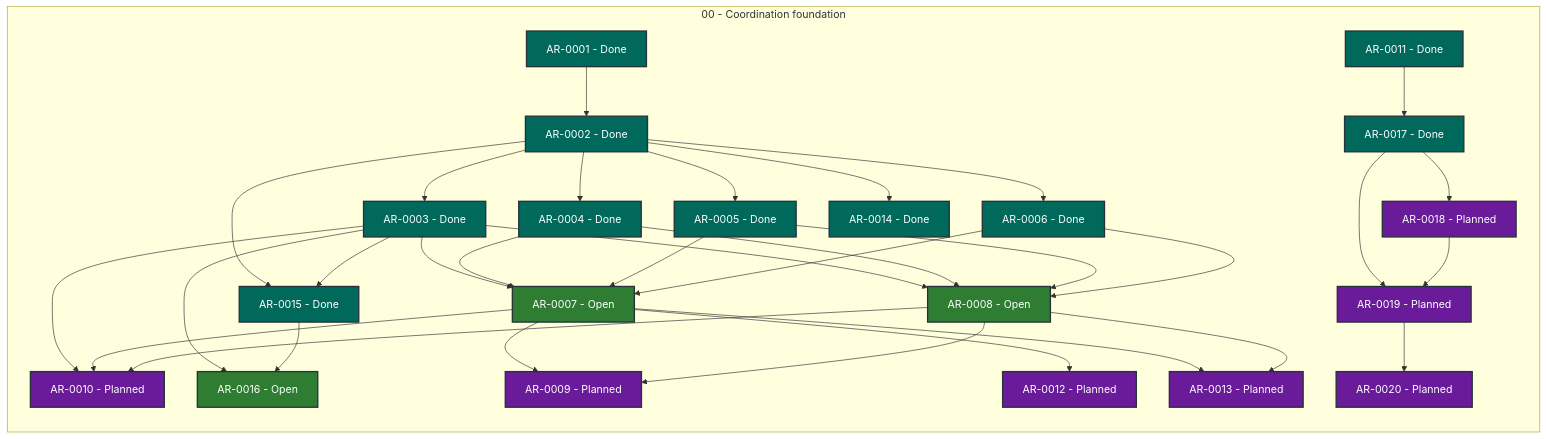
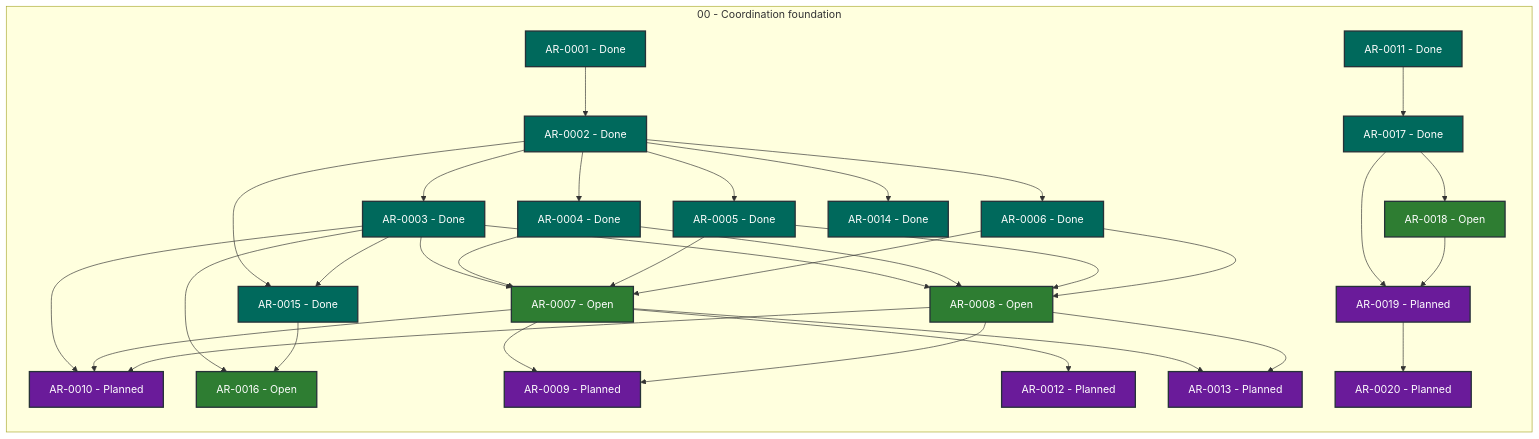
One commit to martin-beck/agent-workflow-coordinator-state changed the diagram in STATUS.md. Above: the diagram before and after it, drawn with Mermaid. The commit also changed other lines of this file and 2 other files, not shown here.

````diff
--- a/STATUS.md
+++ b/STATUS.md
@@ -27,65 +27,65 @@
 ```mermaid
 flowchart LR
     subgraph series_00["00 - Coordination foundation"]
         direction TB
         AR_0001["AR-0001 - Done"]:::status_done
         AR_0002["AR-0002 - Done"]:::status_done
         AR_0003["AR-0003 - Done"]:::status_done
         AR_0004["AR-0004 - Done"]:::status_done
         AR_0005["AR-0005 - Done"]:::status_done
         AR_0006["AR-0006 - Done"]:::status_done
         AR_0007["AR-0007 - Open"]:::status_open
         AR_0008["AR-0008 - Open"]:::status_open
         AR_0009["AR-0009 - Planned"]:::status_planned
         AR_0010["AR-0010 - Planned"]:::status_planned
         AR_0011["AR-0011 - Done"]:::status_done
         AR_0012["AR-0012 - Planned"]:::status_planned
         AR_0013["AR-0013 - Planned"]:::status_planned
         AR_0014["AR-0014 - Done"]:::status_done
         AR_0015["AR-0015 - Done"]:::status_done
         AR_0016["AR-0016 - Open"]:::status_open
         AR_0017["AR-0017 - Done"]:::status_done
-        AR_0018["AR-0018 - Planned"]:::status_planned
+        AR_0018["AR-0018 - Open"]:::status_open
         AR_0019["AR-0019 - Planned"]:::status_planned
         AR_0020["AR-0020 - Planned"]:::status_planned
     end
     AR_0001 --> AR_0002
     AR_0002 --> AR_0003
     AR_0002 --> AR_0004
     AR_0002 --> AR_0005
     AR_0002 --> AR_0006
     AR_0002 --> AR_0014
     AR_0002 --> AR_0015
     AR_0003 --> AR_0007
     AR_0003 --> AR_0008
     AR_0003 --> AR_0010
     AR_0003 --> AR_0015
     AR_0003 --> AR_0016
     AR_0004 --> AR_0007
     AR_0004 --> AR_0008
     AR_0005 --> AR_0007
     AR_0005 --> AR_0008
     AR_0006 --> AR_0007
     AR_0006 --> AR_0008
     AR_0007 --> AR_0009
     AR_0007 --> AR_0010
     AR_0007 --> AR_0012
     AR_0007 --> AR_0013
     AR_0008 --> AR_0009
     AR_0008 --> AR_0010
     AR_0008 --> AR_0013
     AR_0011 --> AR_0017
     AR_0015 --> AR_0016
     AR_0017 --> AR_0018
     AR_0017 --> AR_0019
     AR_0018 --> AR_0019
     AR_0019 --> AR_0020
     classDef status_in_progress fill:#1565c0,color:#ffffff,stroke:#263238,stroke-width:2px
     classDef status_open fill:#2e7d32,color:#ffffff,stroke:#263238,stroke-width:2px
     classDef status_blocked fill:#c62828,color:#ffffff,stroke:#263238,stroke-width:2px
     classDef status_planned fill:#6a1b9a,color:#ffffff,stroke:#263238,stroke-width:2px
     classDef status_future fill:#455a64,color:#ffffff,stroke:#263238,stroke-width:2px
     classDef status_done fill:#00695c,color:#ffffff,stroke:#263238,stroke-width:2px
     classDef status_cancelled fill:#616161,color:#ffffff,stroke:#263238,stroke-width:2px
     classDef status_superseded fill:#5d4037,color:#ffffff,stroke:#263238,stroke-width:2px
 ```
````
